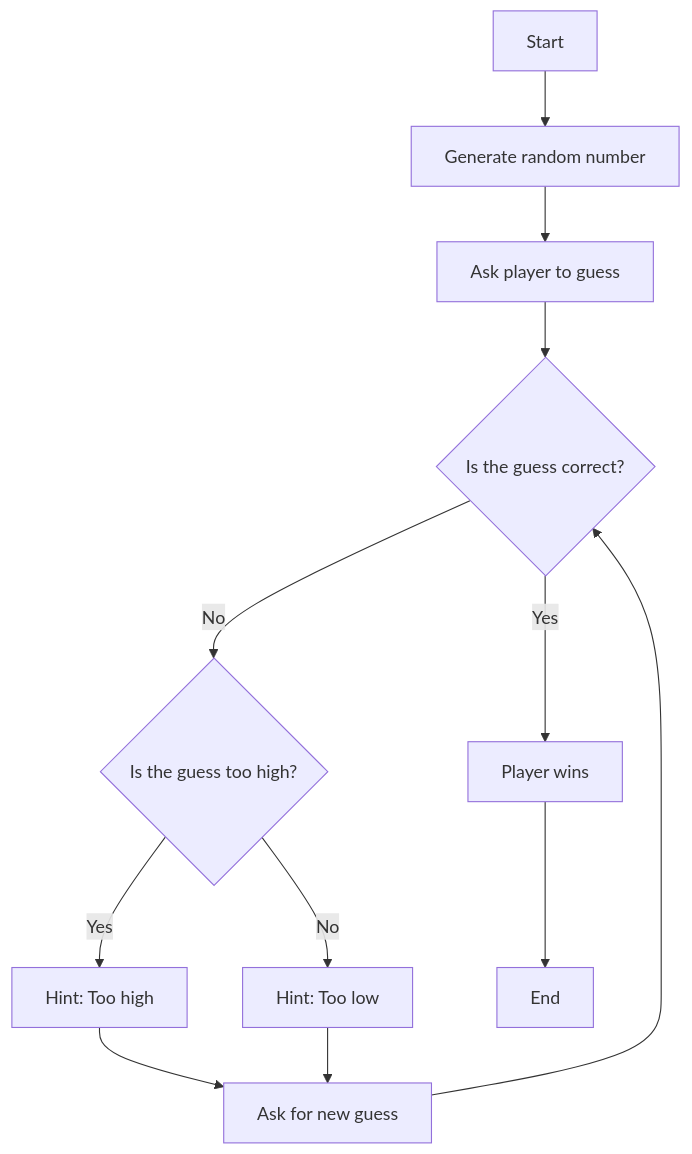
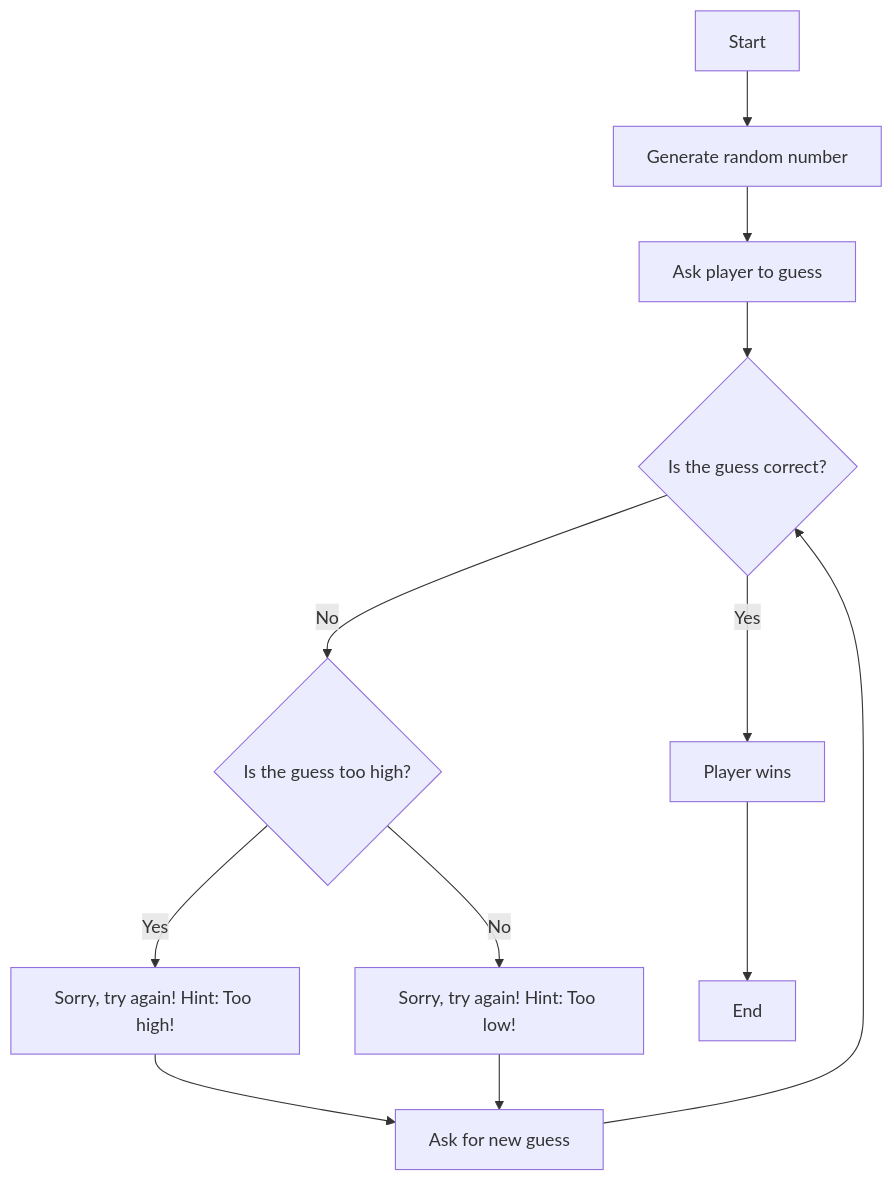
The diagram in Guessing.md (satajdar/satajdar.github.io), drawn with Mermaid before and after one commit.

````diff
--- a/Guessing.md
+++ b/Guessing.md
@@ -5,14 +5,14 @@
 ```mermaid
 graph TD;
 A[Start] --> B[Generate random number]
     B --> C[Ask player to guess]
     C --> D{Is the guess correct?}
     D -->|Yes| E[Player wins]
     D -->|No| F{Is the guess too high?}
-    F -->|Yes| G[Hint: Too high]
-    F -->|No| H[Hint: Too low]
+    F -->|Yes| G[Sorry, try again! Hint: Too high!]
+    F -->|No| H[Sorry, try again! Hint: Too low!]
     G --> I[Ask for new guess]
     H --> I
     I --> D
     E --> J[End]
 ```
````
